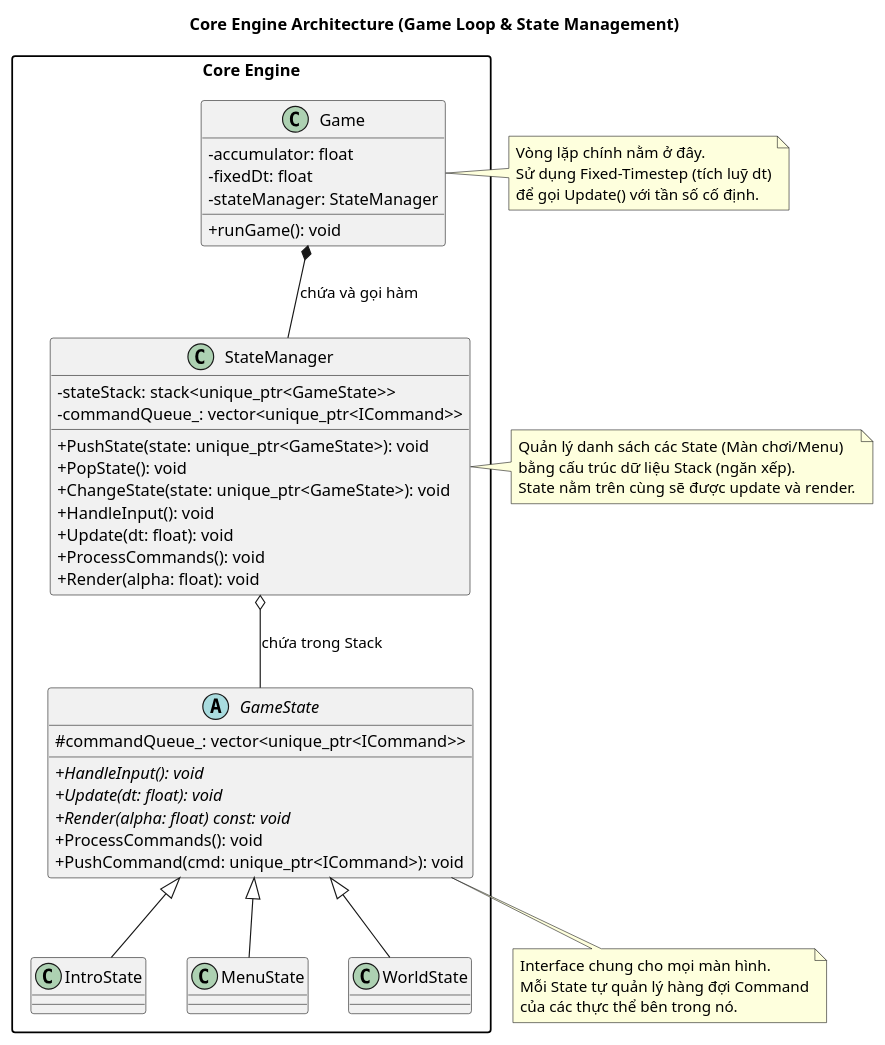
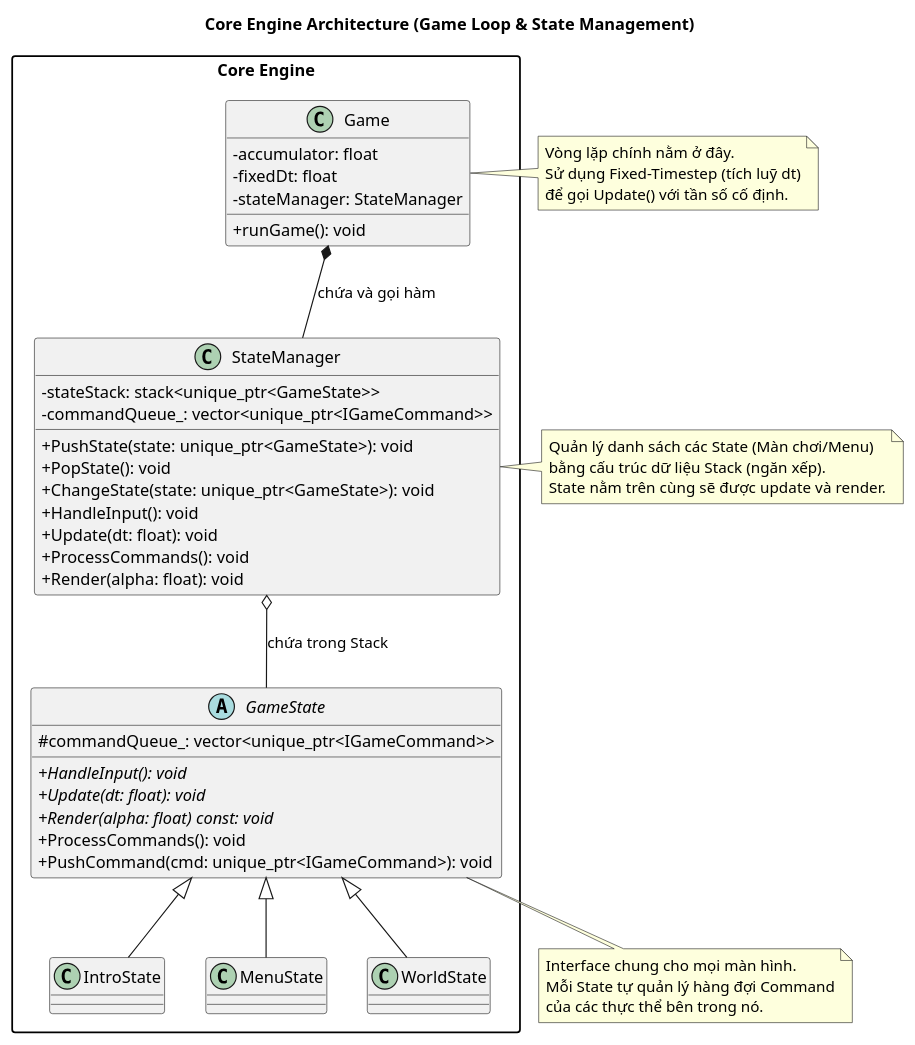
One commit to ltbinh812/Super_Mario_Plus changed the diagram in workflow/blueprints/core_engine.puml. Above: the diagram before and after it, drawn with PlantUML. The commit also changed 151 other files, not shown here.

```diff
--- a/workflow/blueprints/core_engine.puml
+++ b/workflow/blueprints/core_engine.puml
@@ -1,68 +1,68 @@
 @startuml core_engine
 
 skinparam packageStyle rectangle
 skinparam classAttributeIconSize 0
 
 title Core Engine Architecture (Game Loop & State Management)
 
 package "Core Engine" {
 
     class Game {
         - accumulator: float
         - fixedDt: float
         - stateManager: StateManager
         + runGame(): void
     }
 
     class StateManager {
         - stateStack: stack<unique_ptr<GameState>>
-        - commandQueue_: vector<unique_ptr<ICommand>>
+        - commandQueue_: vector<unique_ptr<IGameCommand>>
         + PushState(state: unique_ptr<GameState>): void
         + PopState(): void
         + ChangeState(state: unique_ptr<GameState>): void
         + HandleInput(): void
         + Update(dt: float): void
         + ProcessCommands(): void
         + Render(alpha: float): void
     }
 
     abstract class GameState {
-        # commandQueue_: vector<unique_ptr<ICommand>>
+        # commandQueue_: vector<unique_ptr<IGameCommand>>
         + {abstract} HandleInput(): void
         + {abstract} Update(dt: float): void
         + {abstract} Render(alpha: float) const: void
         + ProcessCommands(): void
-        + PushCommand(cmd: unique_ptr<ICommand>): void
+        + PushCommand(cmd: unique_ptr<IGameCommand>): void
     }
 
     class IntroState {}
     class MenuState {}
     class WorldState {}
 
 }
 
 note right of Game
   Vòng lặp chính nằm ở đây. 
   Sử dụng Fixed-Timestep (tích luỹ dt)
   để gọi Update() với tần số cố định.
 end note
 
 note right of StateManager
   Quản lý danh sách các State (Màn chơi/Menu) 
   bằng cấu trúc dữ liệu Stack (ngăn xếp).
   State nằm trên cùng sẽ được update và render.
 end note
 
 note bottom of GameState
   Interface chung cho mọi màn hình.
   Mỗi State tự quản lý hàng đợi Command
   của các thực thể bên trong nó.
 end note
 
 Game *-- StateManager : "chứa và gọi hàm"
 StateManager o-- GameState : "chứa trong Stack"
 GameState <|-- IntroState
 GameState <|-- MenuState
 GameState <|-- WorldState
 
 @enduml
```
